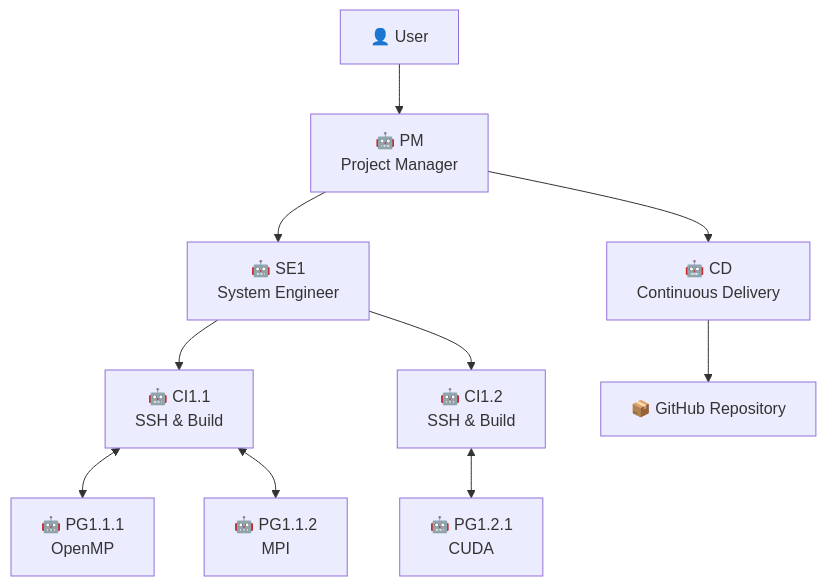
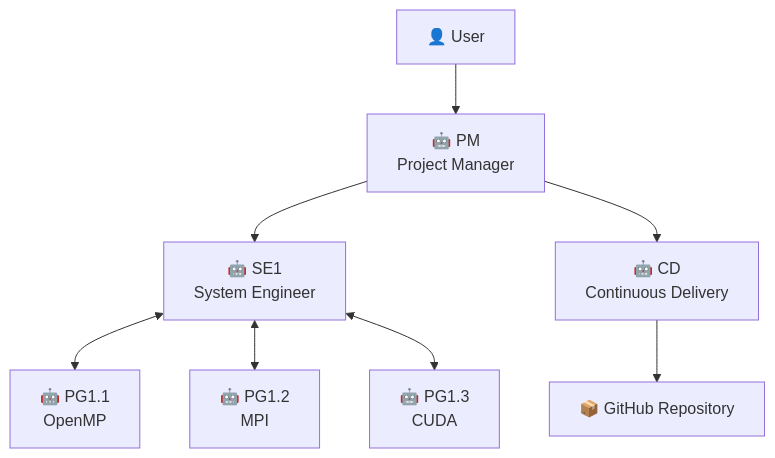
Before and after one commit to erkinalp/VibeCodeHPC-tr: the first of 3 diagrams in README.md, drawn with Mermaid. The commit also changed other lines of this file and 29 other files, not shown here.

````diff
--- a/README.md
+++ b/README.md
@@ -24,15 +24,12 @@
 ```mermaid
 graph TD
     User[👤 User] --> PM[🤖 PM<br/>Project Manager]
     PM --> SE1[🤖 SE1<br/>System Engineer]
     PM --> CD[🤖 CD<br/>Continuous Delivery]
     
-    SE1 --> CI1[🤖 CI1.1<br/>SSH & Build]
-    SE1 --> CI2[🤖 CI1.2<br/>SSH & Build]
-    
-    CI1 <--> PG1[🤖 PG1.1.1<br/>OpenMP]
-    CI1 <--> PG2[🤖 PG1.1.2<br/>MPI]
-    CI2 <--> PG3[🤖 PG1.2.1<br/>CUDA]
+    SE1 <--> PG1[🤖 PG1.1<br/>OpenMP]
+    SE1 <--> PG2[🤖 PG1.2<br/>MPI]
+    SE1 <--> PG3[🤖 PG1.3<br/>CUDA]
     
     CD --> GitHub[📦 GitHub Repository]
 ```
````
